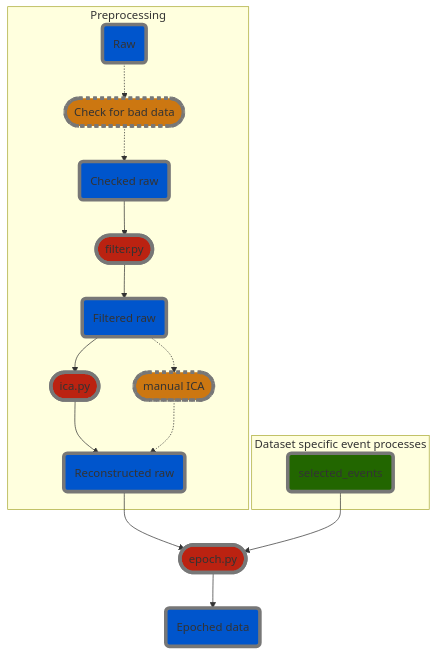
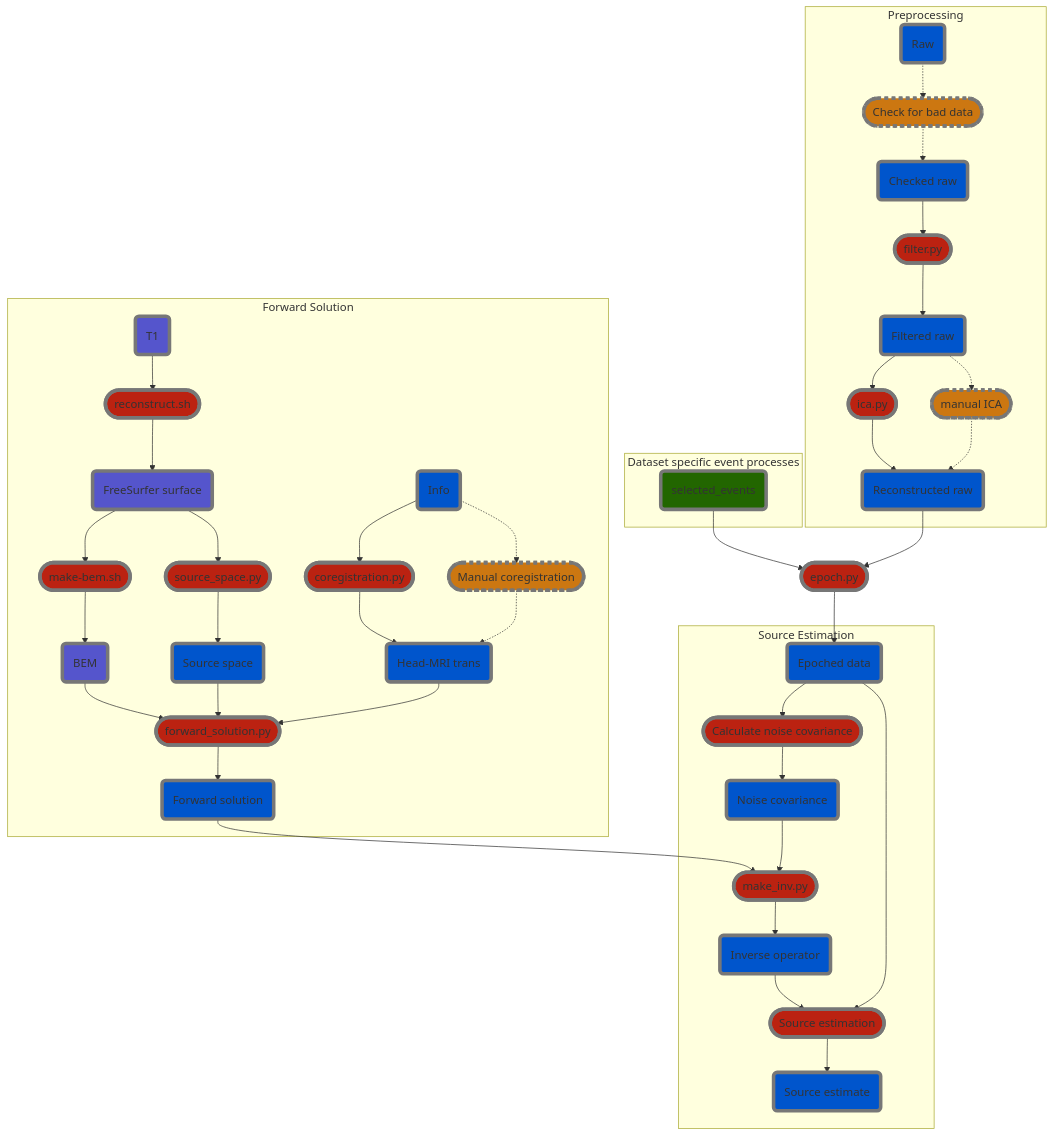
Before and after one commit to hiroyoshi-yamasaki/MNE-MVPA: the diagram in README.md, drawn with Mermaid.

Commit message:
issue was keyword 'filter'

````diff
--- a/README.md
+++ b/README.md
@@ -40,4 +40,48 @@
     selected_events --> epoch;
     epoch --> epochs("Epoched data"):::mne_data;
     
+    subgraph "Forward Solution"
+        
+        %% Make a FreeSurfer surface reconstruction
+        T1("T1"):::other_data --> recon(["reconstruct.sh"]):::automatic_process;
+        recon --> fs_surface("FreeSurfer surface"):::other_data;
+        
+        %% Create BEM
+        fs_surface --> make_bem(["make-bem.sh"]):::automatic_process;
+        make_bem --> bem("BEM"):::other_data;
+        
+        %% Source space
+        fs_surface --> make_src(["source_space.py"]):::automatic_process;
+        make_src --> src("Source space"):::mne_data;
+        
+        %% Coregistration
+        info("Info"):::mne_data --> coreg(["coregistration.py"]):::automatic_process;
+        info -.-> man_coreg(["Manual coregistration"]):::manual_process;
+        
+        coreg --> trans("Head-MRI trans"):::mne_data;
+        man_coreg -.-> trans;
+        
+        %% Make forward solution
+        trans --> make_fwd(["forward_solution.py"]):::automatic_process;
+        src --> make_fwd;
+        bem --> make_fwd;
+        make_fwd --> fwd("Forward solution"):::mne_data;
+    end
+    
+    subgraph "Source Estimation"
+        
+        %% Calculate noise covariance matrix
+        epochs --> noise_cov(["Calculate noise covariance"]):::automatic_process;
+        noise_cov --> cov("Noise covariance"):::mne_data;
+        
+        %% Make an inverse operator
+        fwd --> make_inv(["make_inv.py"]):::automatic_process;
+        cov --> make_inv;
+        make_inv --> inv("Inverse operator"):::mne_data;
+        
+        %% Estimate source
+        epochs --> estimate(["Source estimation"]):::automatic_process;
+        inv --> estimate;
+        estimate --> stc("Source estimate"):::mne_data;
+    end
 ```
````
